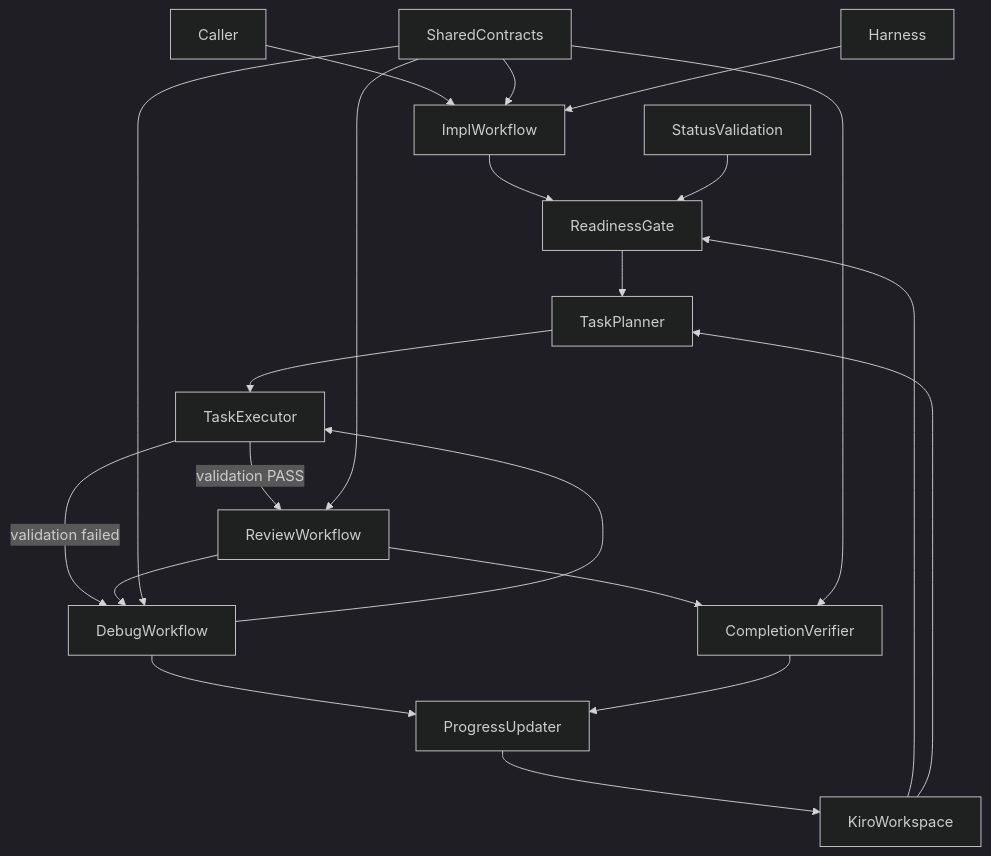
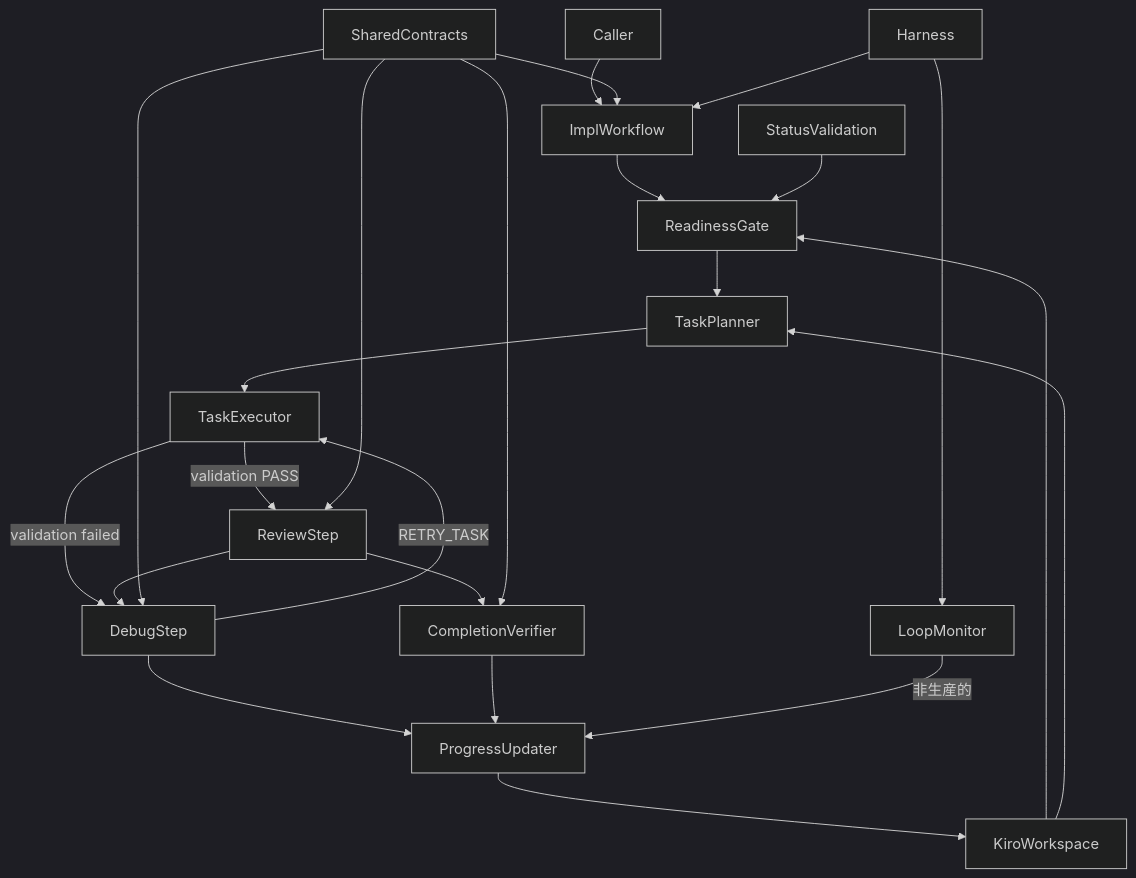
Before and after one commit to j5ik2o/takt-sdd: the first of 3 diagrams in .kiro/specs/kiro-iterative-implementation-workflow/design.md, drawn with Mermaid (dark theme). The commit also changed other lines of this file and 25 other files, not shown here.

````diff
--- a/.kiro/specs/kiro-iterative-implementation-workflow/design.md
+++ b/.kiro/specs/kiro-iterative-implementation-workflow/design.md
@@ -71,23 +72,25 @@
 ```mermaid
 graph TB
     Caller --> ImplWorkflow
     ImplWorkflow --> ReadinessGate
     ReadinessGate --> TaskPlanner
     TaskPlanner --> TaskExecutor
-    TaskExecutor -->|validation PASS| ReviewWorkflow
-    TaskExecutor -->|validation failed| DebugWorkflow
-    ReviewWorkflow --> CompletionVerifier
-    ReviewWorkflow --> DebugWorkflow
-    DebugWorkflow --> TaskExecutor
-    DebugWorkflow --> ProgressUpdater
+    TaskExecutor -->|validation PASS| ReviewStep
+    TaskExecutor -->|validation failed| DebugStep
+    ReviewStep --> CompletionVerifier
+    ReviewStep --> DebugStep
+    DebugStep -->|RETRY_TASK| TaskExecutor
+    DebugStep --> ProgressUpdater
     CompletionVerifier --> ProgressUpdater
+    LoopMonitor -->|非生産的| ProgressUpdater
     StatusValidation --> ReadinessGate
     SharedContracts --> ImplWorkflow
-    SharedContracts --> ReviewWorkflow
-    SharedContracts --> DebugWorkflow
+    SharedContracts --> ReviewStep
+    SharedContracts --> DebugStep
     SharedContracts --> CompletionVerifier
     KiroWorkspace --> ReadinessGate
     KiroWorkspace --> TaskPlanner
     ProgressUpdater --> KiroWorkspace
     Harness --> ImplWorkflow
+    Harness --> LoopMonitor
 ```
````
